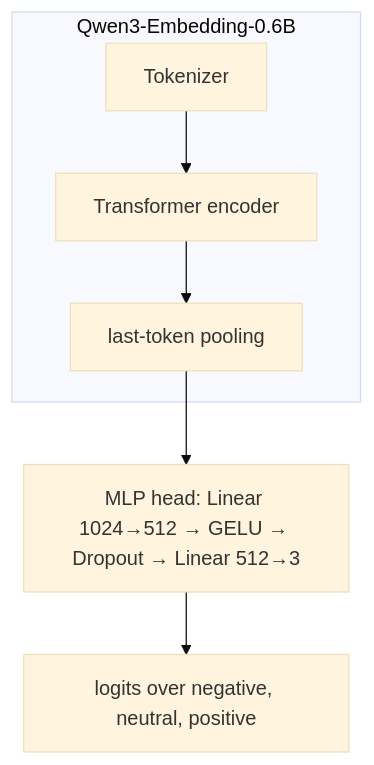
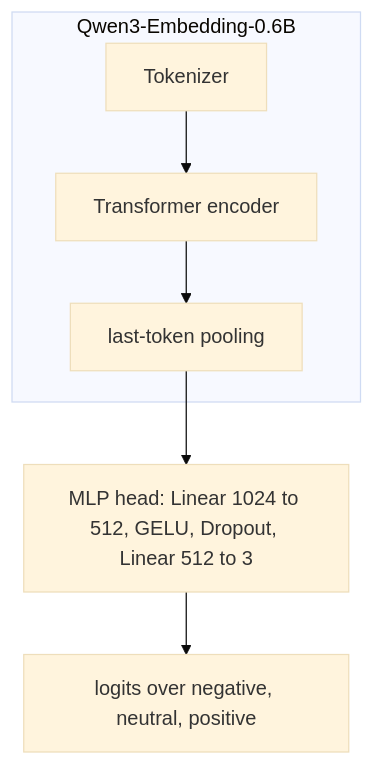
Before and after one commit to pymlex/qwen3-embedding-0.6b-unlearning: the diagram in README.md, drawn with Mermaid (base theme). The commit also changed other lines of this file and 10 other files, not shown here.

````diff
--- a/README.md
+++ b/README.md
@@ -21,9 +39,9 @@
 ```mermaid
 flowchart TB
     subgraph encoder["Qwen3-Embedding-0.6B"]
         T[Tokenizer] --> E[Transformer encoder]
         E --> P[last-token pooling]
     end
-    P --> H[MLP head: Linear 1024→512 → GELU → Dropout → Linear 512→3]
+    P --> H[MLP head: Linear 1024 to 512, GELU, Dropout, Linear 512 to 3]
     H --> L[logits over negative, neutral, positive]
 ```
````
